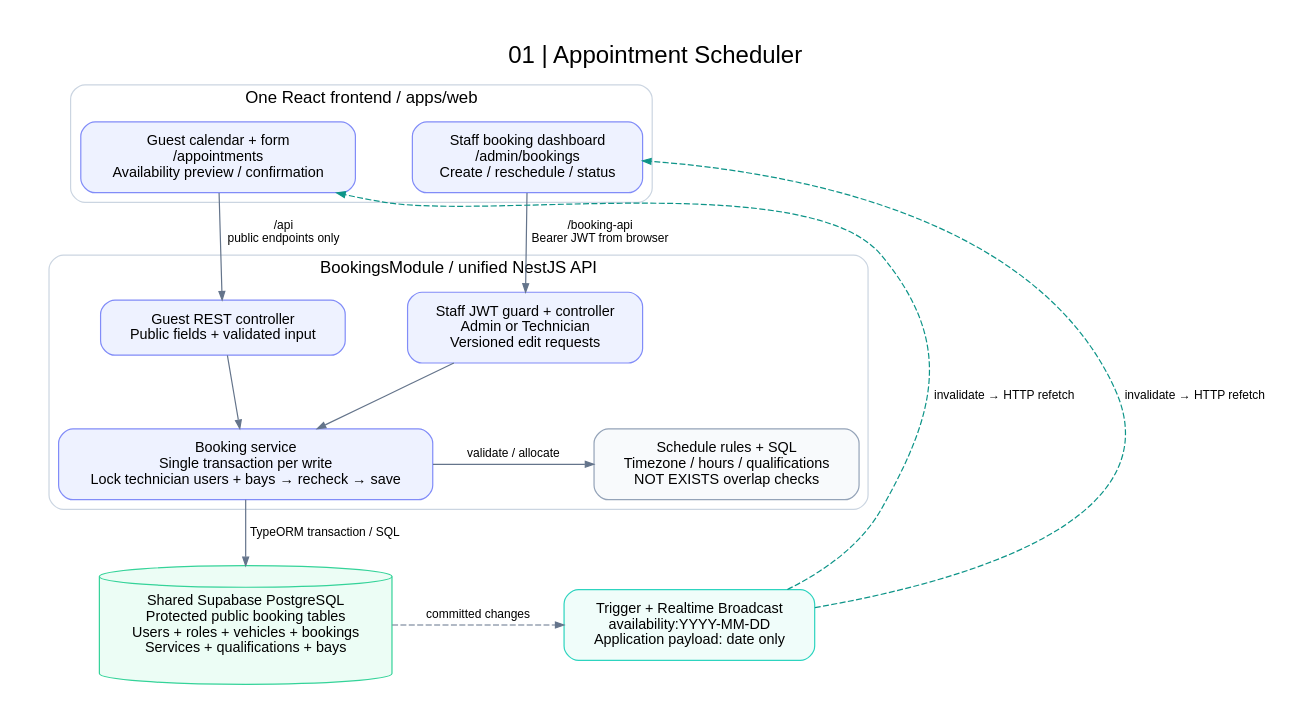
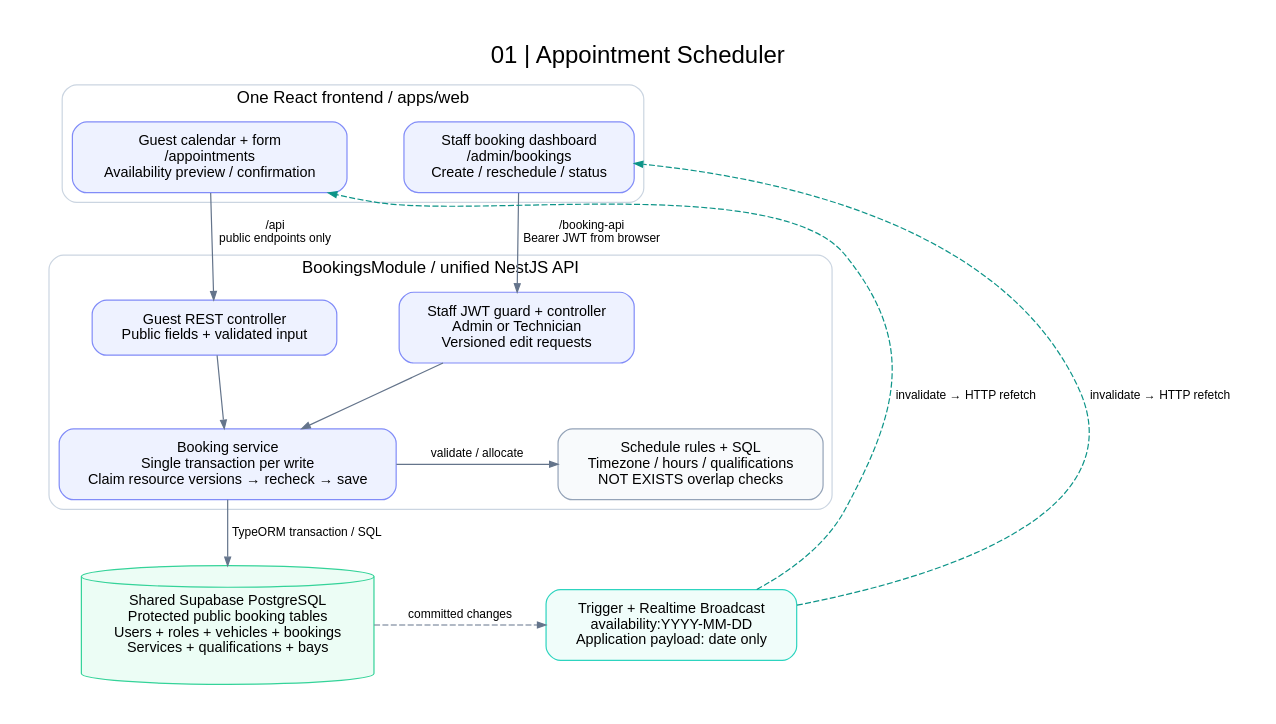
The diagram in docs/architecture/appointments.dot (kai1303/keyloop-challenge), drawn with Graphviz before and after one commit. The commit also changed 26 other files, not shown here.

```diff
--- a/docs/architecture/appointments.dot
+++ b/docs/architecture/appointments.dot
@@ -1,32 +1,32 @@
 digraph Appointments {
   graph [rankdir=TB, newrank=true, bgcolor="#ffffff", pad=0.35, nodesep=0.65, ranksep=0.6, fontname="Helvetica", fontsize=20, label="01 | Appointment Scheduler", labelloc=t];
   node [shape=box, style="rounded,filled", fillcolor="#eef2ff", color="#818cf8", fontname="Helvetica", fontsize=12, margin="0.20,0.14"];
   edge [fontname="Helvetica", fontsize=10, color="#64748b", arrowsize=0.7];
   subgraph cluster_frontend {
     label="One React frontend / apps/web"; fontsize=14; color="#cbd5e1"; style=rounded;
     guest [label="Guest calendar + form\n/appointments\nAvailability preview / confirmation"];
     staff [label="Staff booking dashboard\n/admin/bookings\nCreate / reschedule / status"];
   }
   subgraph cluster_api {
     label="BookingsModule / unified NestJS API"; fontsize=14; color="#cbd5e1"; style=rounded;
     public [label="Guest REST controller\nPublic fields + validated input"];
     admin [label="Staff JWT guard + controller\nAdmin or Technician\nVersioned edit requests"];
-    service [label="Booking service\nSingle transaction per write\nLock technician users + bays → recheck → save"];
+    service [label="Booking service\nSingle transaction per write\nClaim resource versions → recheck → save"];
     rules [label="Schedule rules + SQL\nTimezone / hours / qualifications\nNOT EXISTS overlap checks", fillcolor="#f8fafc", color="#94a3b8"];
     public -> service;
     admin -> service;
     service -> rules [label="validate / allocate"];
     { rank=same; public; admin; }
     { rank=same; service; rules; }
   }
   db [shape=cylinder, label="Shared Supabase PostgreSQL\nProtected public booking tables\nUsers + roles + vehicles + bookings\nServices + qualifications + bays", fillcolor="#ecfdf5", color="#34d399"];
   realtime [label="Trigger + Realtime Broadcast\navailability:YYYY-MM-DD\nApplication payload: date only", fillcolor="#f0fdfa", color="#2dd4bf"];
   { rank=same; guest; staff; }
   { rank=same; db; realtime; }
   guest -> public [label="/api\npublic endpoints only"];
   staff -> admin [label="/booking-api\nBearer JWT from browser"];
   service -> db [label="TypeORM transaction / SQL"];
   db -> realtime [style=dashed, label="committed changes"];
   realtime -> guest [style=dashed, label="invalidate → HTTP refetch", constraint=false, color="#0d9488"];
   realtime -> staff [style=dashed, label="invalidate → HTTP refetch", constraint=false, color="#0d9488"];
 }
```
